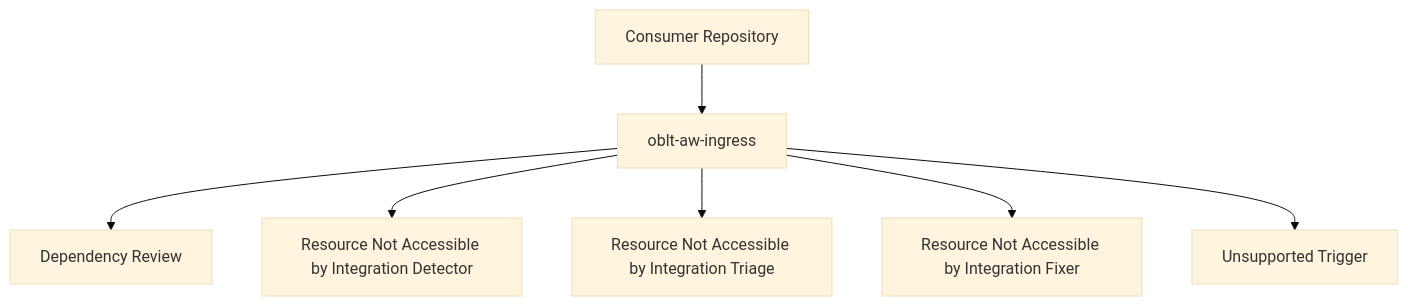
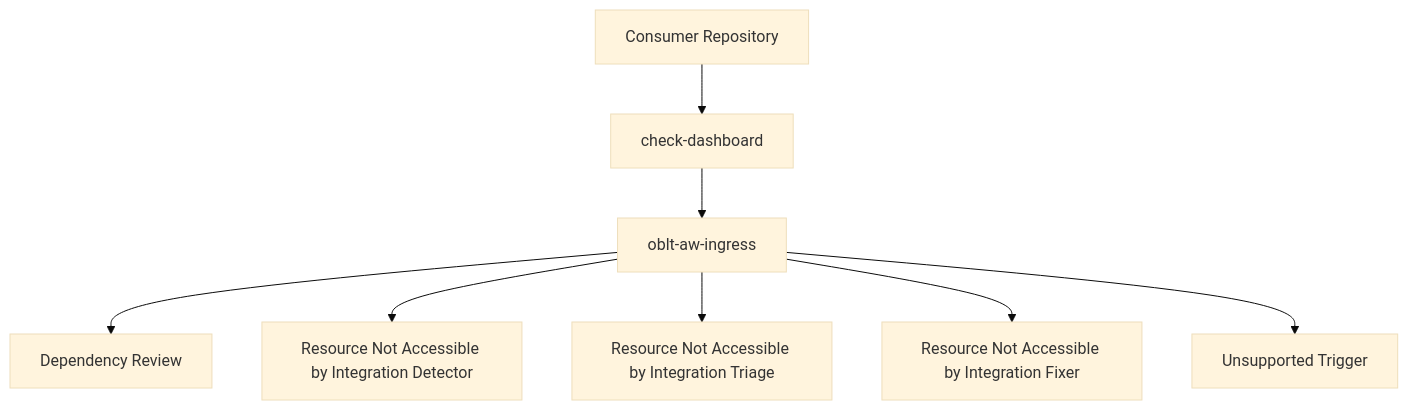
Before and after one commit to elastic/oblt-aw: the diagram in docs/architecture/overview.md, drawn with Mermaid (base theme). The commit also changed other lines of this file and 8 other files, not shown here.

````diff
--- a/docs/architecture/overview.md
+++ b/docs/architecture/overview.md
@@ -40,9 +74,10 @@
 ```mermaid
 flowchart TD
-  A[Consumer Repository] --> B[oblt-aw-ingress]
-  B --> C[Dependency Review]
-  B --> D[Resource Not Accessible by Integration Detector]
-  B --> E[Resource Not Accessible by Integration Triage]
-  B --> F[Resource Not Accessible by Integration Fixer]
-  B --> X[Unsupported Trigger]
+  A[Consumer Repository] --> B[check-dashboard]
+  B --> C[oblt-aw-ingress]
+  C --> D[Dependency Review]
+  C --> E[Resource Not Accessible by Integration Detector]
+  C --> F[Resource Not Accessible by Integration Triage]
+  C --> G[Resource Not Accessible by Integration Fixer]
+  C --> X[Unsupported Trigger]
 ```
````
